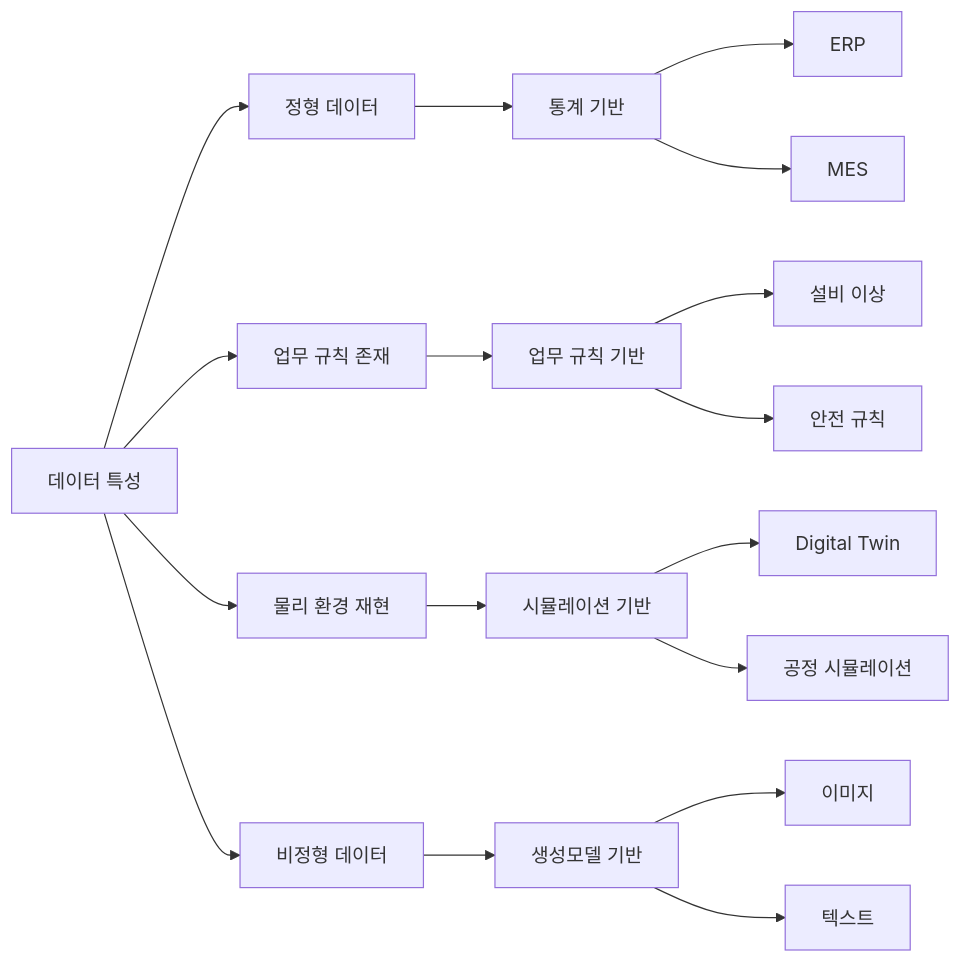
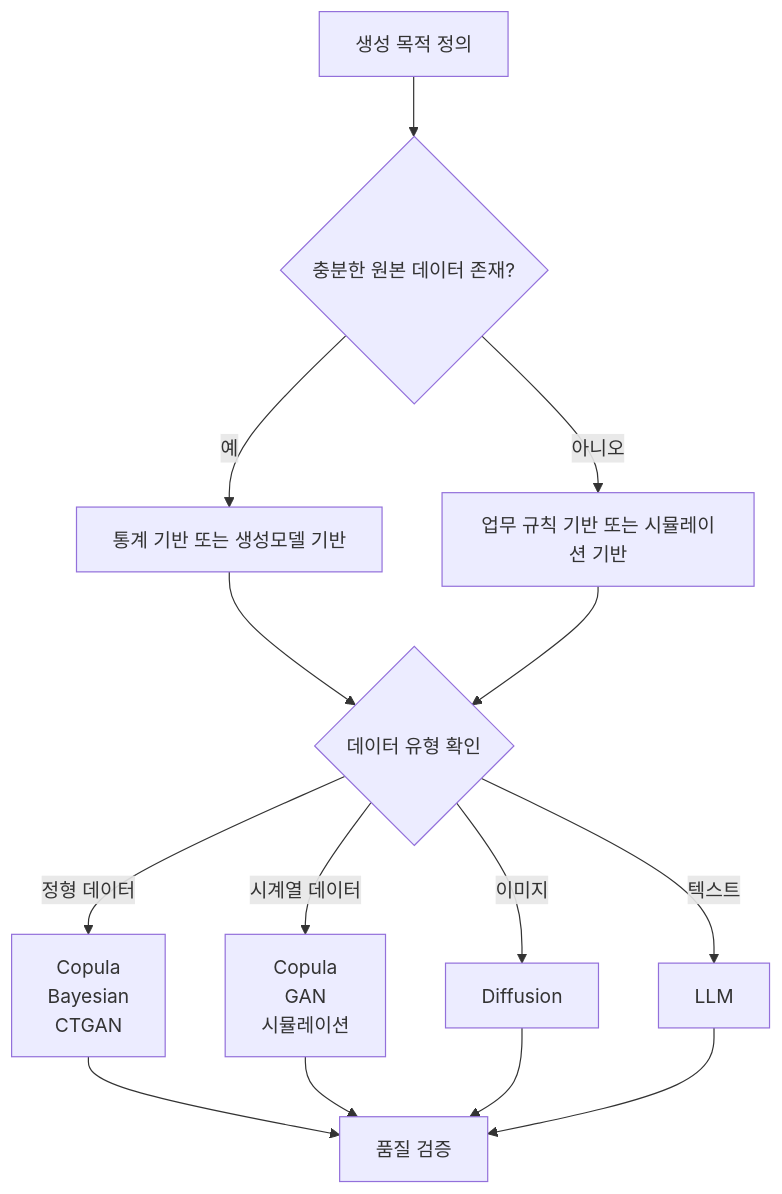
The second of 3 diagrams in 가이드 작성/E-2 합성데이터/E-2 합성데이터_0622.md (jin-kearney/ai-ready-data-manual), drawn with Mermaid before and after one commit. The commit also changed other lines of this file, not shown here.

````diff
--- a/가이드 작성/E-2 합성데이터/E-2 합성데이터_0622.md
+++ b/가이드 작성/E-2 합성데이터/E-2 합성데이터_0622.md
@@ -286,30 +576,28 @@
 ```mermaid
-flowchart LR
+flowchart TD
 
-A["데이터 특성"]
+A[생성 목적 정의]
 
-A --> B["정형 데이터"]
-A --> C["업무 규칙 존재"]
-A --> D["물리 환경 재현"]
-A --> E["비정형 데이터"]
+A --> B{충분한 원본 데이터 존재?}
 
-B --> F["통계 기반"]
+B -->|예| C[통계 기반 또는 생성모델 기반]
 
-C --> G["업무 규칙 기반"]
+B -->|아니오| D[업무 규칙 기반 또는 시뮬레이션 기반]
 
-D --> H["시뮬레이션 기반"]
+C --> E{데이터 유형 확인}
 
-E --> I["생성모델 기반"]
+D --> E
 
-F --> F1["ERP"]
-F --> F2["MES"]
+E -->|정형 데이터| F[Copula<br/>Bayesian<br/>CTGAN]
 
-G --> G1["설비 이상"]
-G --> G2["안전 규칙"]
+E -->|시계열 데이터| G[Copula<br/>GAN<br/>시뮬레이션]
 
-H --> H1["Digital Twin"]
-H --> H2["공정 시뮬레이션"]
+E -->|이미지| H[Diffusion]
 
-I --> I1["이미지"]
-I --> I2["텍스트"]
+E -->|텍스트| I[LLM]
+
+F --> J[품질 검증]
+G --> J
+H --> J
+I --> J
 ```
````
